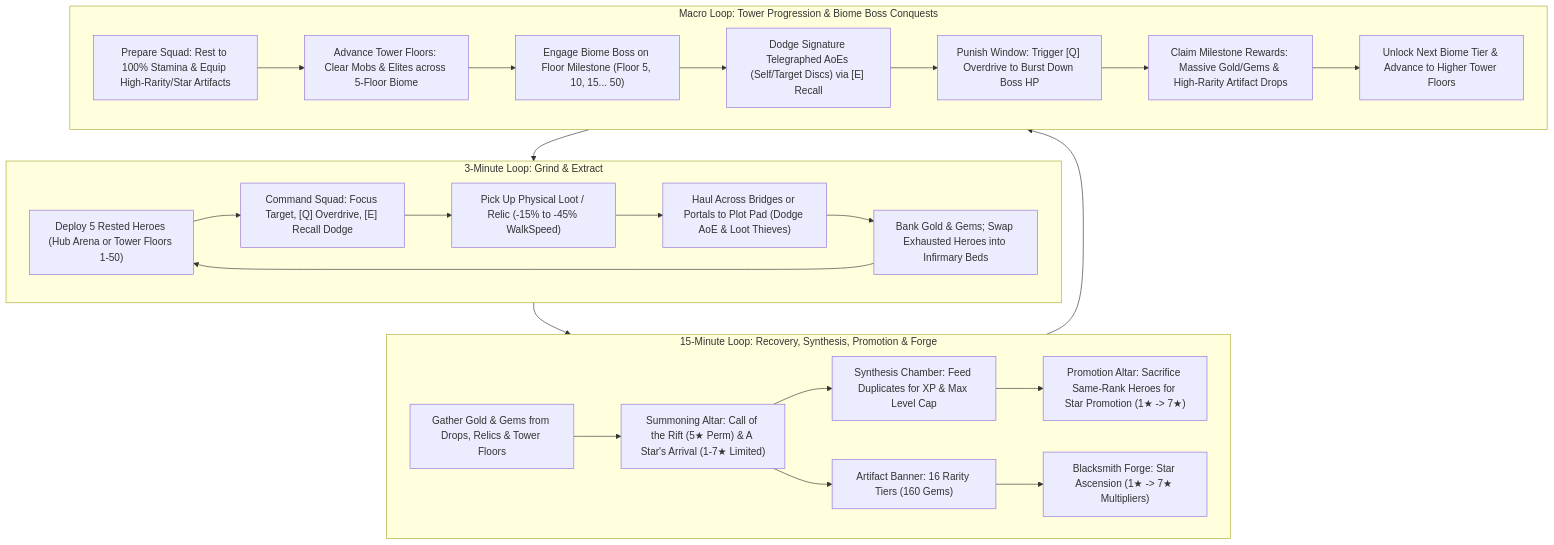
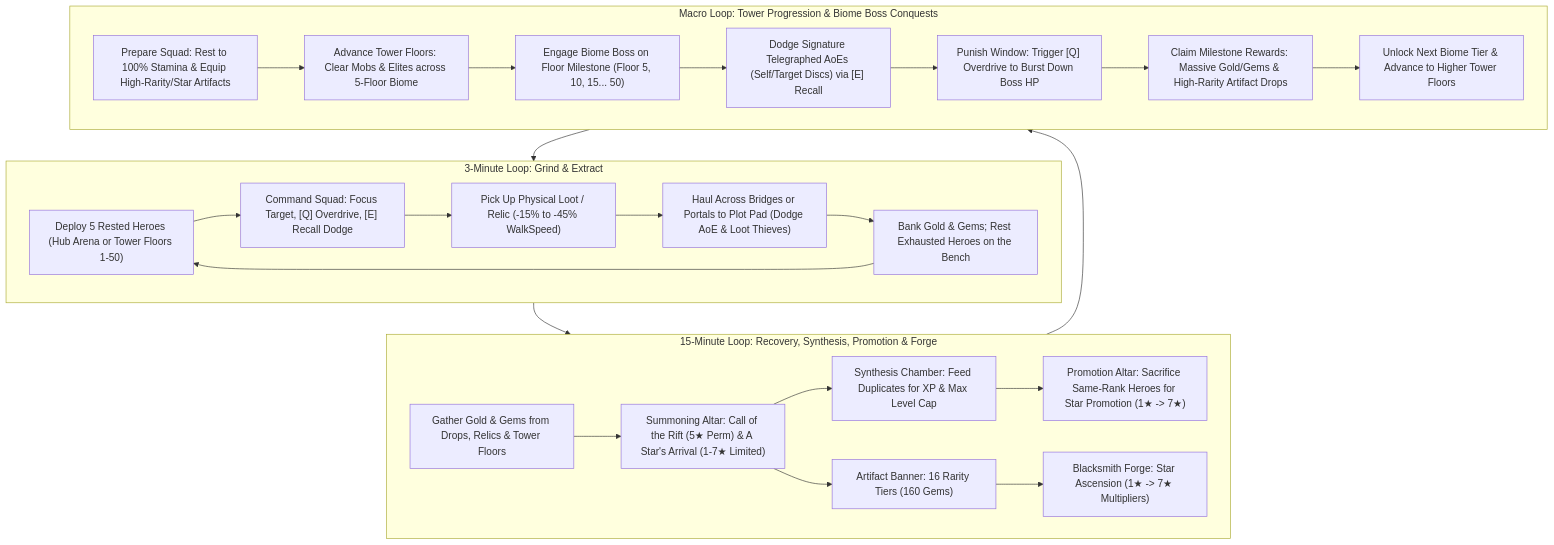
One commit to Zaimoo/infinite-tower changed the diagram in docs/GAME_DESIGN.MD. Above: the diagram before and after it, drawn with Mermaid. The commit also changed other lines of this file and 94 other files, not shown here.

````diff
--- a/docs/GAME_DESIGN.MD
+++ b/docs/GAME_DESIGN.MD
@@ -46,31 +46,31 @@
 ```mermaid
 flowchart TD
     subgraph Micro["3-Minute Loop: Grind & Extract"]
         M1["Deploy 5 Rested Heroes (Hub Arena or Tower Floors 1-50)"] --> M2["Command Squad: Focus Target, [Q] Overdrive, [E] Recall Dodge"]
         M2 --> M3["Pick Up Physical Loot / Relic (-15% to -45% WalkSpeed)"]
         M3 --> M4["Haul Across Bridges or Portals to Plot Pad (Dodge AoE & Loot Thieves)"]
-        M4 --> M5["Bank Gold & Gems; Swap Exhausted Heroes into Infirmary Beds"]
+        M4 --> M5["Bank Gold & Gems; Rest Exhausted Heroes on the Bench"]
         M5 --> M1
     end
 
     subgraph Meso["15-Minute Loop: Recovery, Synthesis, Promotion & Forge"]
         T1["Gather Gold & Gems from Drops, Relics & Tower Floors"] --> T2["Summoning Altar: Call of the Rift (5★ Perm) & A Star's Arrival (1-7★ Limited)"]
         T2 --> T3["Synthesis Chamber: Feed Duplicates for XP & Max Level Cap"]
         T2 --> T4["Artifact Banner: 16 Rarity Tiers (160 Gems)"]
         T3 --> T5["Promotion Altar: Sacrifice Same-Rank Heroes for Star Promotion (1★ -> 7★)"]
         T4 --> T6["Blacksmith Forge: Star Ascension (1★ -> 7★ Multipliers)"]
     end
 
     subgraph Macro["Macro Loop: Tower Progression & Biome Boss Conquests"]
         B1["Prepare Squad: Rest to 100% Stamina & Equip High-Rarity/Star Artifacts"] --> B2["Advance Tower Floors: Clear Mobs & Elites across 5-Floor Biome"]
         B2 --> B3["Engage Biome Boss on Floor Milestone (Floor 5, 10, 15... 50)"]
         B3 --> B4["Dodge Signature Telegraphed AoEs (Self/Target Discs) via [E] Recall"]
         B4 --> B5["Punish Window: Trigger [Q] Overdrive to Burst Down Boss HP"]
         B5 --> B6["Claim Milestone Rewards: Massive Gold/Gems & High-Rarity Artifact Drops"]
         B6 --> B7["Unlock Next Biome Tier & Advance to Higher Tower Floors"]
     end
 
     Micro --> Meso
     Meso --> Macro
     Macro --> Micro
 ```
````
